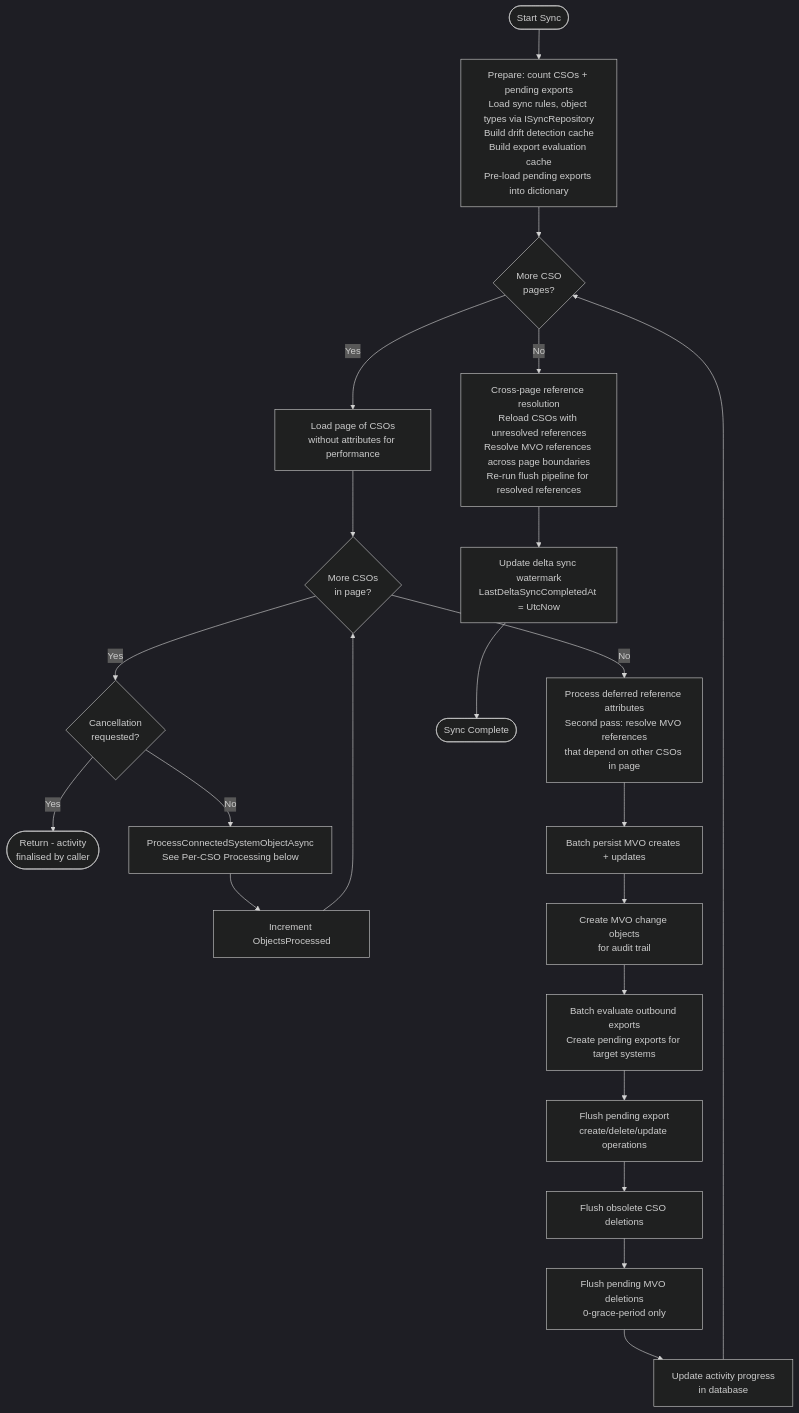
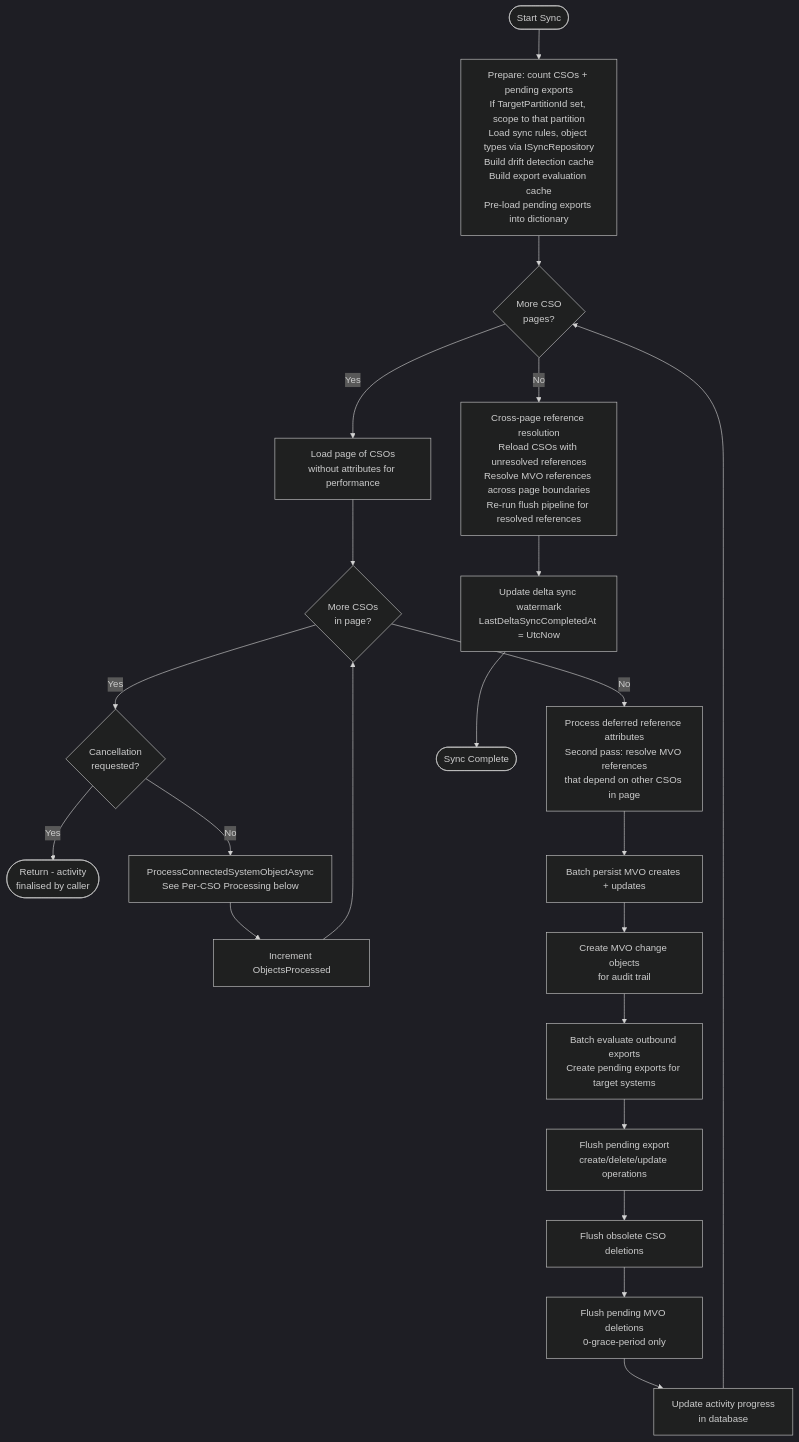
The first of 2 diagrams in docs/diagrams/mermaid/FULL_SYNC_CSO_PROCESSING.md (TetronIO/JIM), drawn with Mermaid (dark theme) before and after one commit. The commit also changed other lines of this file and 27 other files, not shown here.

````diff
--- a/docs/diagrams/mermaid/FULL_SYNC_CSO_PROCESSING.md
+++ b/docs/diagrams/mermaid/FULL_SYNC_CSO_PROCESSING.md
@@ -18,28 +18,28 @@
 ```mermaid
 flowchart TD
-    Start([Start Sync]) --> Prepare[Prepare: count CSOs + pending exports<br/>Load sync rules, object types via ISyncRepository<br/>Build drift detection cache<br/>Build export evaluation cache<br/>Pre-load pending exports into dictionary]
+    Start([Start Sync]) --> Prepare[Prepare: count CSOs + pending exports<br/>If TargetPartitionId set, scope to that partition<br/>Load sync rules, object types via ISyncRepository<br/>Build drift detection cache<br/>Build export evaluation cache<br/>Pre-load pending exports into dictionary]
     Prepare --> PageLoop{More CSO<br/>pages?}
 
     PageLoop -->|Yes| LoadPage[Load page of CSOs<br/>without attributes for performance]
     LoadPage --> CsoLoop{More CSOs<br/>in page?}
 
     CsoLoop -->|Yes| CheckCancel{Cancellation<br/>requested?}
     CheckCancel -->|Yes| Return([Return - activity<br/>finalised by caller])
     CheckCancel -->|No| ProcessCso[ProcessConnectedSystemObjectAsync<br/>See Per-CSO Processing below]
     ProcessCso --> IncrProgress[Increment ObjectsProcessed]
     IncrProgress --> CsoLoop
 
     CsoLoop -->|No| DeferredRef[Process deferred reference attributes<br/>Second pass: resolve MVO references<br/>that depend on other CSOs in page]
     DeferredRef --> PersistMvo[Batch persist MVO creates + updates]
     PersistMvo --> MvoChanges[Create MVO change objects<br/>for audit trail]
     MvoChanges --> EvalExports[Batch evaluate outbound exports<br/>Create pending exports for target systems]
     EvalExports --> FlushPE[Flush pending export<br/>create/delete/update operations]
     FlushPE --> FlushCSO[Flush obsolete CSO deletions]
     FlushCSO --> FlushMVO[Flush pending MVO deletions<br/>0-grace-period only]
     FlushMVO --> UpdateProgress[Update activity progress<br/>in database]
     UpdateProgress --> PageLoop
 
     PageLoop -->|No| CrossPage[Cross-page reference resolution<br/>Reload CSOs with unresolved references<br/>Resolve MVO references across page boundaries<br/>Re-run flush pipeline for resolved references]
     CrossPage --> Watermark[Update delta sync watermark<br/>LastDeltaSyncCompletedAt = UtcNow]
     Watermark --> End([Sync Complete])
 ```
````
